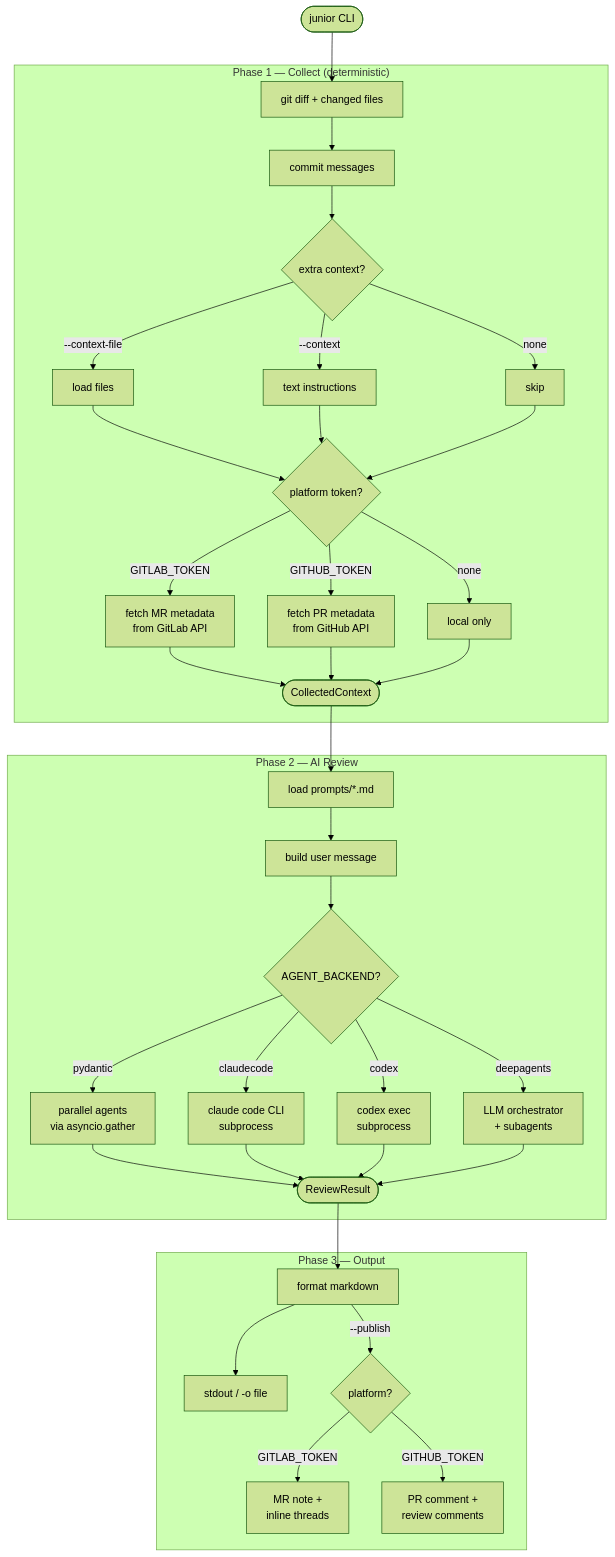
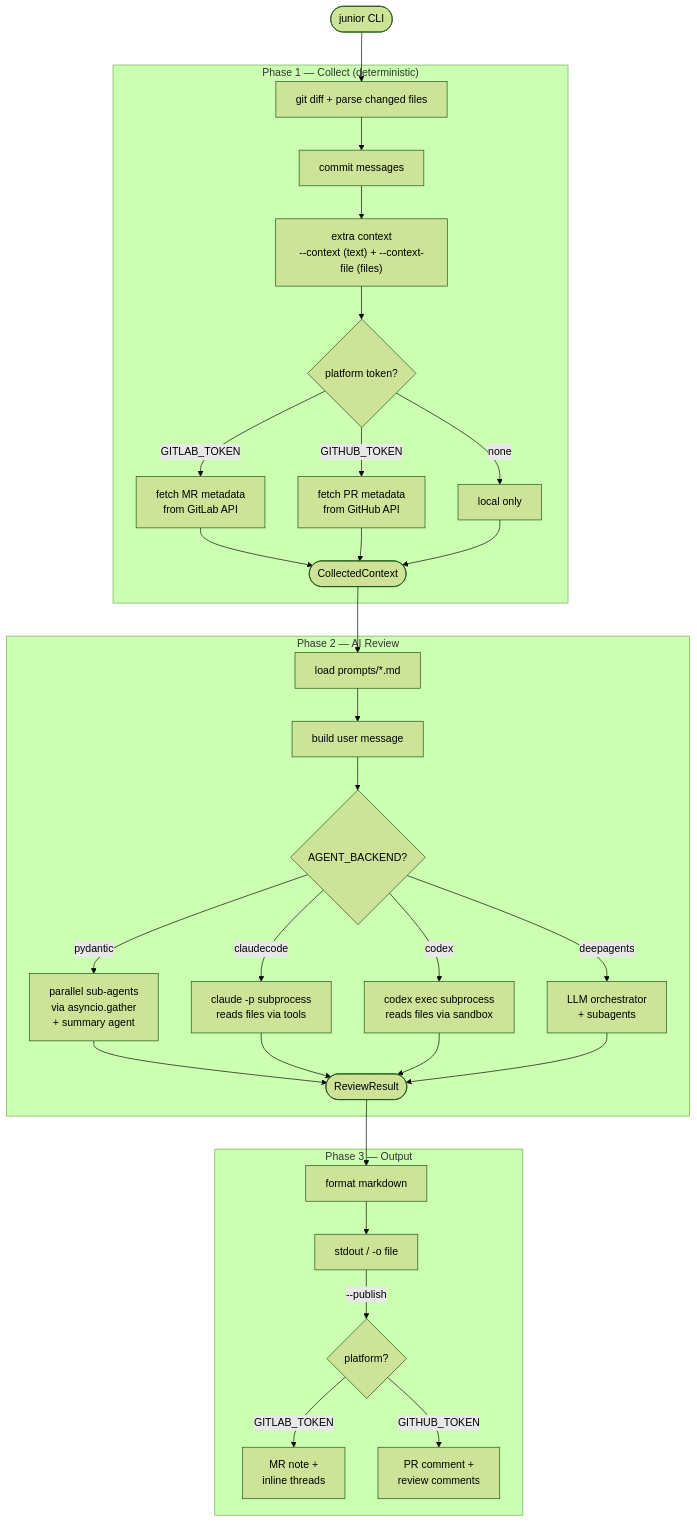
One commit to mishachepi/junior changed the diagram in docs/architecture.md. Above: the diagram before and after it, drawn with Mermaid (forest theme). The commit also changed other lines of this file and 28 other files, not shown here.

````diff
--- a/docs/architecture.md
+++ b/docs/architecture.md
@@ -16,38 +9,35 @@
 ```mermaid
 flowchart TD
     A([junior CLI]) --> B
 
     subgraph P1["Phase 1 — Collect (deterministic)"]
-        B[git diff + changed files] --> C[commit messages]
-        C --> D{extra context?}
-        D -->|"--context-file"| E[load files]
-        D -->|"--context"| F[text instructions]
-        D -->|none| G[skip]
-        E & F & G --> H{platform token?}
+        B[git diff + parse changed files] --> C[commit messages]
+        C --> D["extra context\n--context (text) + --context-file (files)"]
+        D --> H{platform token?}
         H -->|GITLAB_TOKEN| I[fetch MR metadata\nfrom GitLab API]
         H -->|GITHUB_TOKEN| J[fetch PR metadata\nfrom GitHub API]
         H -->|none| K[local only]
         I & J & K --> L([CollectedContext])
     end
 
     L --> M
 
     subgraph P2["Phase 2 — AI Review"]
         M[load prompts/*.md] --> N[build user message]
         N --> O{AGENT_BACKEND?}
-        O -->|pydantic| P[parallel agents\nvia asyncio.gather]
-        O -->|claudecode| Q2[claude code CLI\nsubprocess]
-        O -->|codex| Q[codex exec\nsubprocess]
+        O -->|claudecode| Q2[claude -p subprocess\nreads files via tools]
+        O -->|pydantic| P[parallel sub-agents\nvia asyncio.gather\n+ summary agent]
+        O -->|codex| Q[codex exec subprocess\nreads files via sandbox]
         O -->|deepagents| R[LLM orchestrator\n+ subagents]
         P & Q2 & Q & R --> S([ReviewResult])
     end
 
     S --> T
 
     subgraph P3["Phase 3 — Output"]
         T[format markdown] --> U[stdout / -o file]
-        T -->|"--publish"| V{platform?}
+        U -->|"--publish"| V{platform?}
         V -->|GITLAB_TOKEN| W[MR note +\ninline threads]
         V -->|GITHUB_TOKEN| X[PR comment +\nreview comments]
     end
 ```
````
